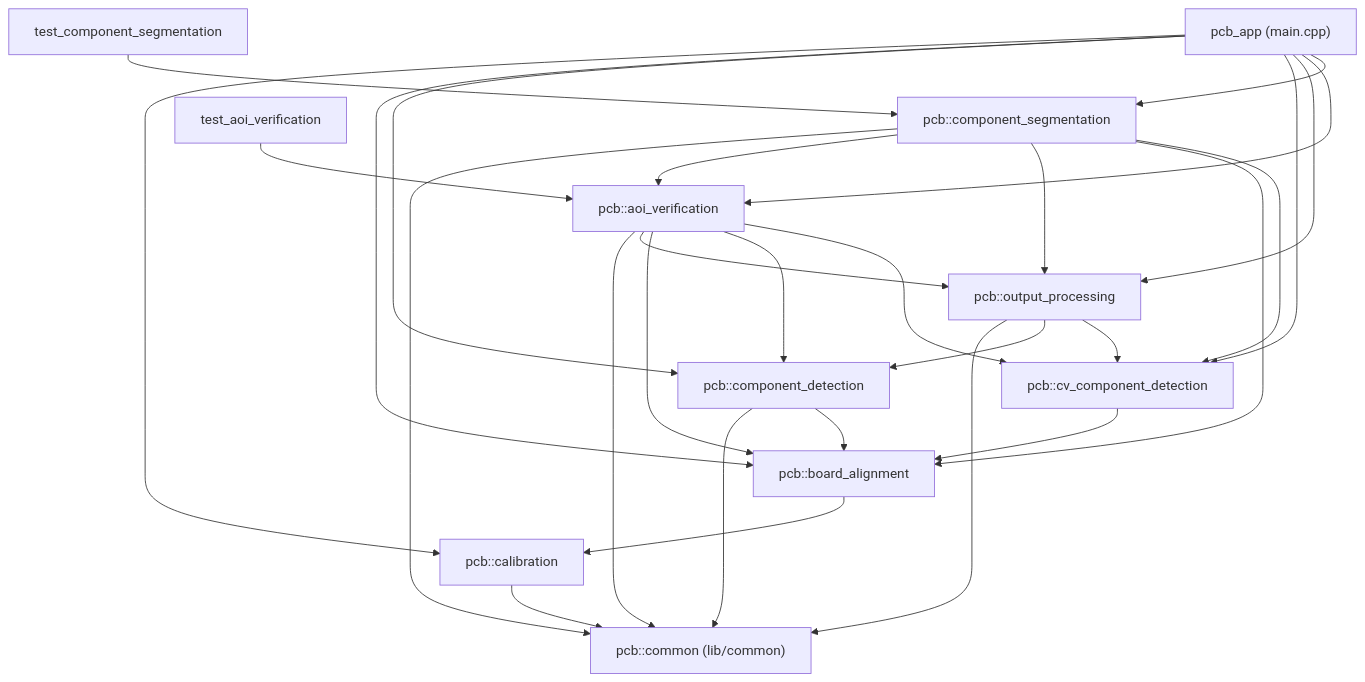
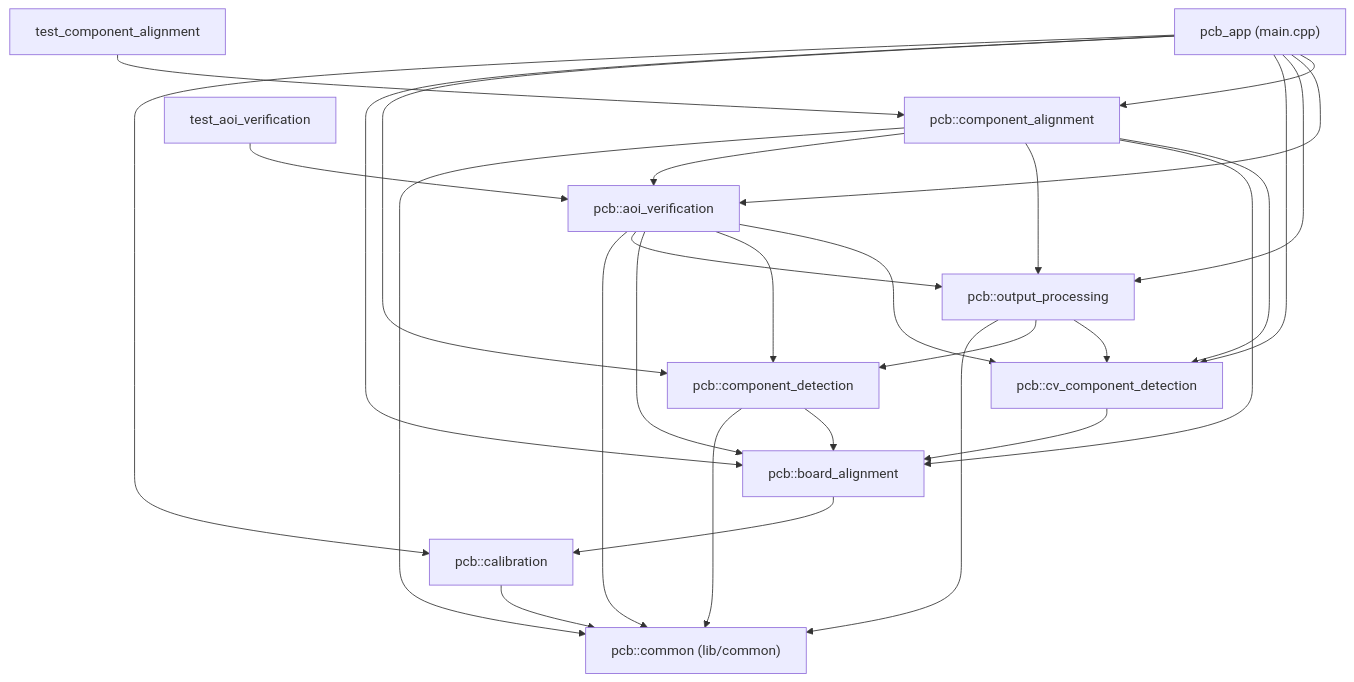
Before and after one commit to alexpauro/PcbDetectionAllignmentLeonardo: the diagram in doc/description_of_project.md, drawn with Mermaid. The commit also changed other lines of this file and 42 other files, not shown here.

````diff
--- a/doc/description_of_project.md
+++ b/doc/description_of_project.md
@@ -109,46 +109,46 @@
 ```mermaid
 graph TD
     COM["pcb::common (lib/common)"]
     CAL["pcb::calibration"]
     BAL["pcb::board_alignment"]
     DET["pcb::component_detection"]
     CVD["pcb::cv_component_detection"]
     OUT["pcb::output_processing"]
     AOI["pcb::aoi_verification"]
-    SEG["pcb::component_segmentation"]
+    SEG["pcb::component_alignment"]
     APP["pcb_app (main.cpp)"]
     TEST1["test_aoi_verification"]
-    TEST2["test_component_segmentation"]
+    TEST2["test_component_alignment"]
 
     CAL --> COM
     DET --> COM
     OUT --> COM
     AOI --> COM
     SEG --> COM
 
     BAL --> CAL
     DET --> BAL
     CVD --> BAL
     OUT --> DET
     OUT --> CVD
     AOI --> OUT
     AOI --> BAL
     AOI --> DET
     AOI --> CVD
 
     SEG --> AOI
     SEG --> OUT
     SEG --> BAL
     SEG --> CVD
 
     APP --> CAL
     APP --> BAL
     APP --> DET
     APP --> CVD
     APP --> OUT
     APP --> AOI
     APP --> SEG
 
     TEST1 --> AOI
     TEST2 --> SEG
 ```
````
